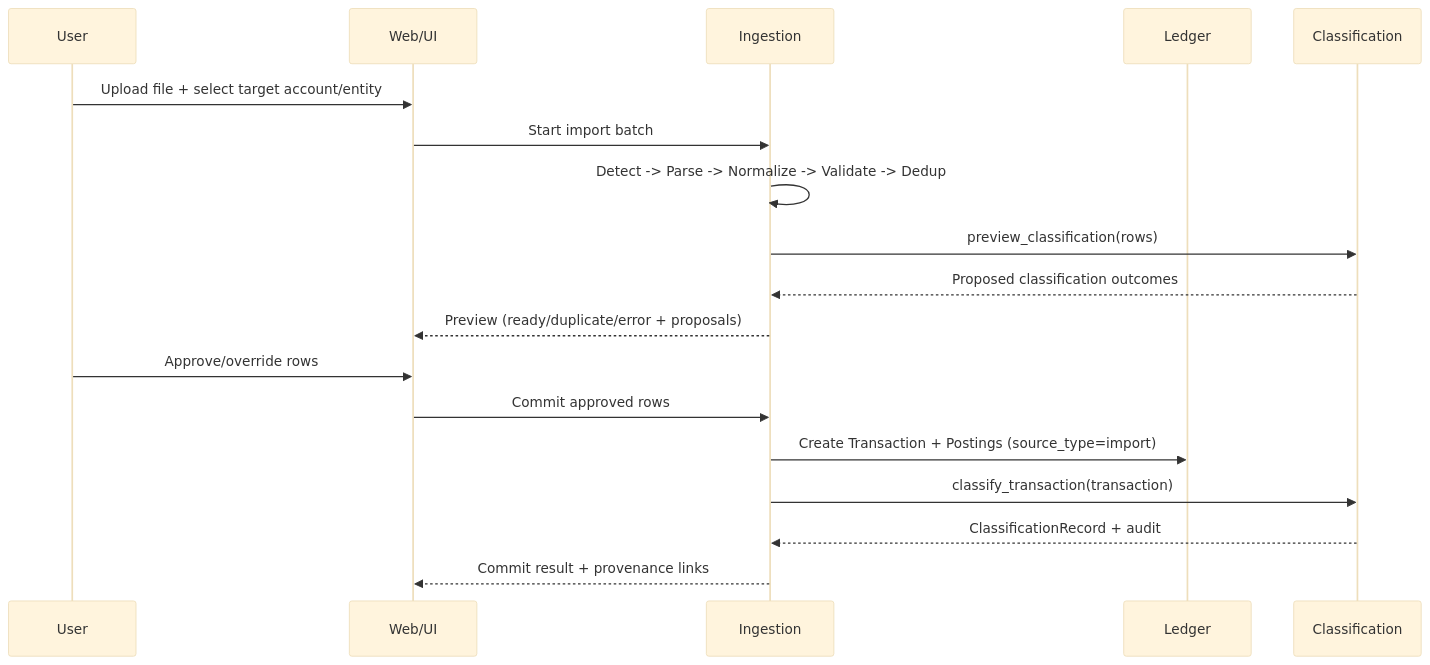
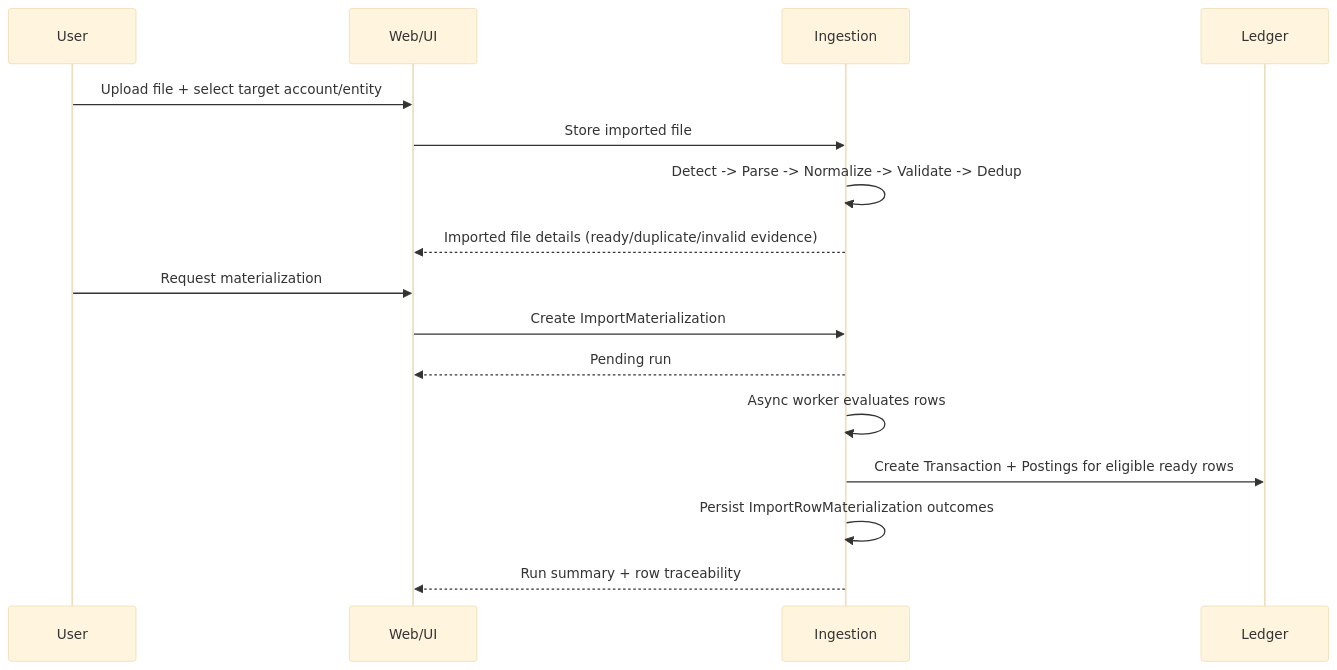
One commit to mberrueta/aurum-finance changed the third of 5 diagrams in docs/architecture.md. Above: the diagram before and after it, drawn with Mermaid (base theme). The commit also changed other lines of this file and 43 other files, not shown here.

First line of the commit message:
Feat/import ledger materialization (#45)

````diff
--- a/docs/architecture.md
+++ b/docs/architecture.md
@@ -143,21 +143,19 @@
 ```mermaid
 sequenceDiagram
     participant U as User
     participant W as Web/UI
     participant I as Ingestion
     participant L as Ledger
-    participant C as Classification
 
     U->>W: Upload file + select target account/entity
-    W->>I: Start import batch
+    W->>I: Store imported file
     I->>I: Detect -> Parse -> Normalize -> Validate -> Dedup
-    I->>C: preview_classification(rows)
-    C-->>I: Proposed classification outcomes
-    I-->>W: Preview (ready/duplicate/error + proposals)
-    U->>W: Approve/override rows
-    W->>I: Commit approved rows
-    I->>L: Create Transaction + Postings (source_type=import)
-    I->>C: classify_transaction(transaction)
-    C-->>I: ClassificationRecord + audit
-    I-->>W: Commit result + provenance links
+    I-->>W: Imported file details (ready/duplicate/invalid evidence)
+    U->>W: Request materialization
+    W->>I: Create ImportMaterialization
+    I-->>W: Pending run
+    I->>I: Async worker evaluates rows
+    I->>L: Create Transaction + Postings for eligible ready rows
+    I->>I: Persist ImportRowMaterialization outcomes
+    I-->>W: Run summary + row traceability
 ```
````
